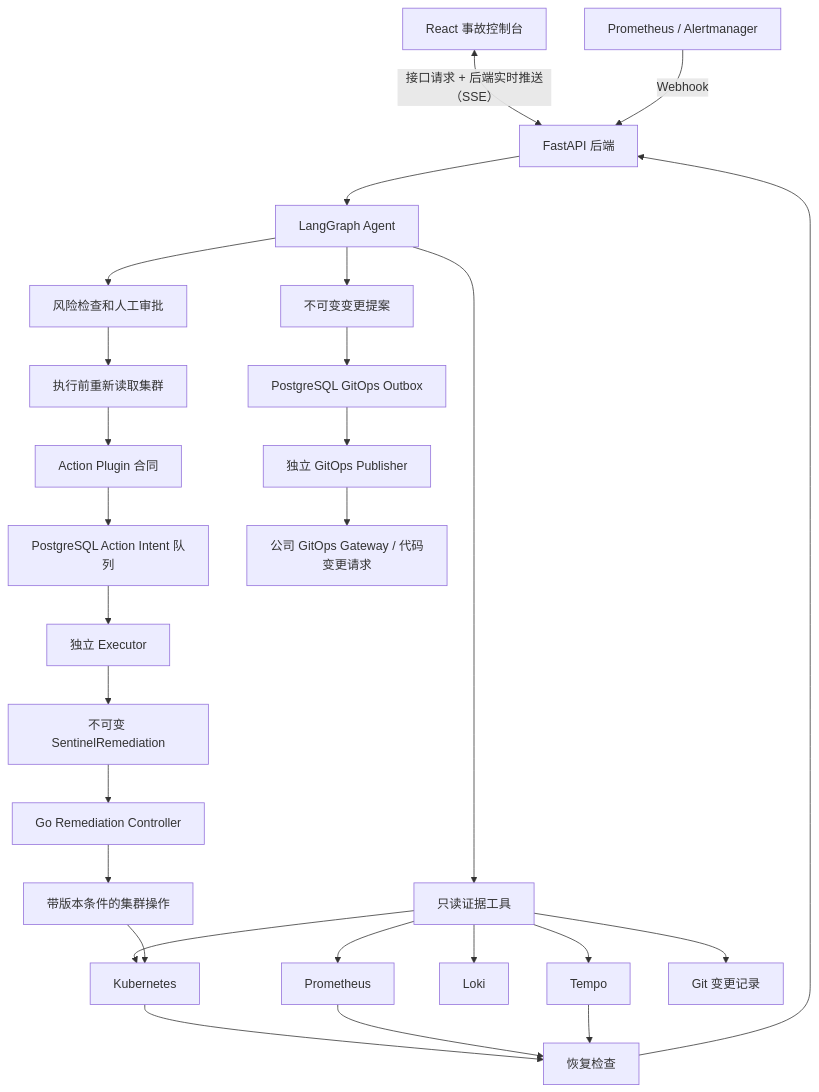
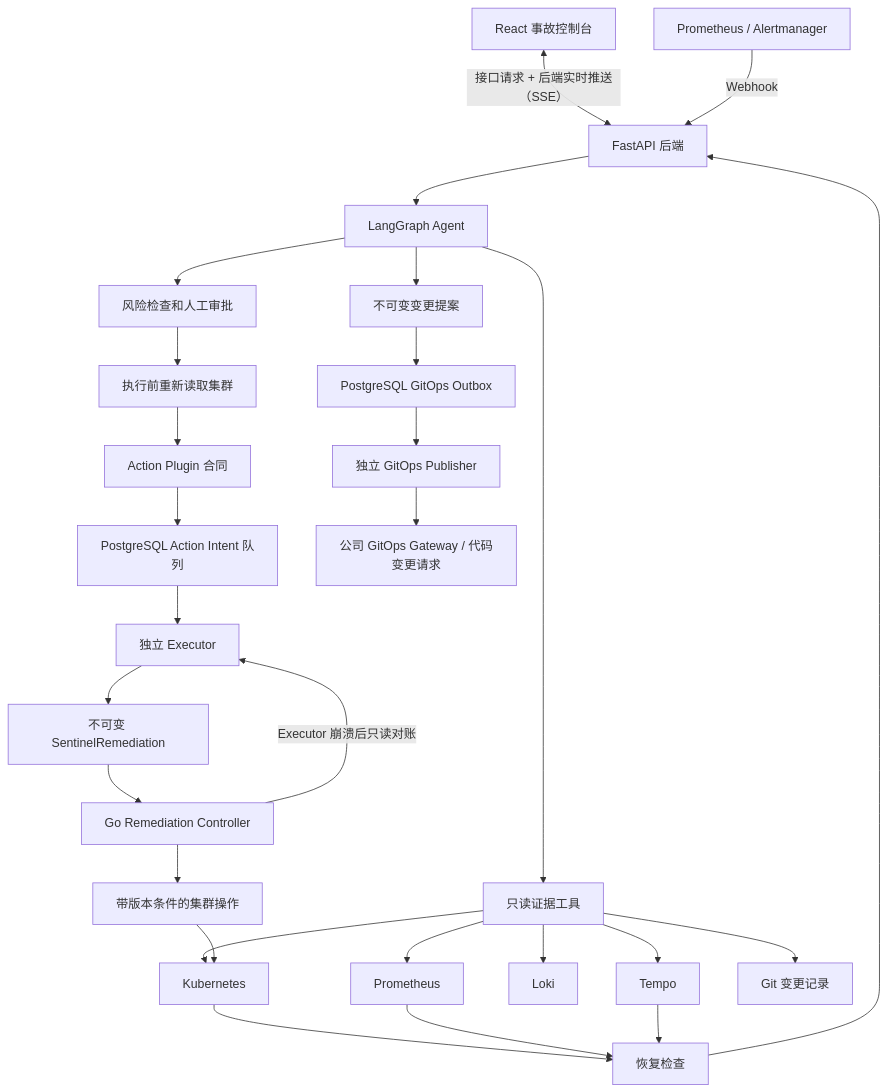
The second of 2 diagrams in README.md (q741242673/sentinelops), drawn with Mermaid before and after one commit. The commit also changed other lines of this file and 22 other files, not shown here.

First line of the commit message:
feat: reconcile controller outcomes after executor loss (#30)

````diff
--- a/README.md
+++ b/README.md
@@ -56,29 +56,30 @@
 ```mermaid
 flowchart TB
     UI["React 事故控制台"] <-->|"接口请求 + 后端实时推送（SSE）"| API["FastAPI 后端"]
     AM["Prometheus / Alertmanager"] -->|"Webhook"| API
     API --> AGENT["LangGraph Agent"]
     AGENT --> READ["只读证据工具"]
     READ --> K8S["Kubernetes"]
     READ --> PROM["Prometheus"]
     READ --> LOKI["Loki"]
     READ --> TEMPO["Tempo"]
     READ --> GIT["Git 变更记录"]
     AGENT --> POLICY["风险检查和人工审批"]
     POLICY --> PREFLIGHT["执行前重新读取集群"]
     PREFLIGHT --> CATALOG["Action Plugin 合同"]
     CATALOG --> QUEUE["PostgreSQL Action Intent 队列"]
     QUEUE --> EXECUTOR["独立 Executor"]
     EXECUTOR --> CONTRACT["不可变 SentinelRemediation"]
     CONTRACT --> CONTROLLER["Go Remediation Controller"]
     CONTROLLER --> WRITE["带版本条件的集群操作"]
+    CONTROLLER -->|"Executor 崩溃后只读对账"| EXECUTOR
     AGENT --> PROPOSAL["不可变变更提案"]
     PROPOSAL --> OUTBOX["PostgreSQL GitOps Outbox"]
     OUTBOX --> PUBLISHER["独立 GitOps Publisher"]
     PUBLISHER --> GATEWAY["公司 GitOps Gateway / 代码变更请求"]
     WRITE --> K8S
     K8S --> VERIFY["恢复检查"]
     PROM --> VERIFY
     TEMPO --> VERIFY
     VERIFY --> API
 ```
````
